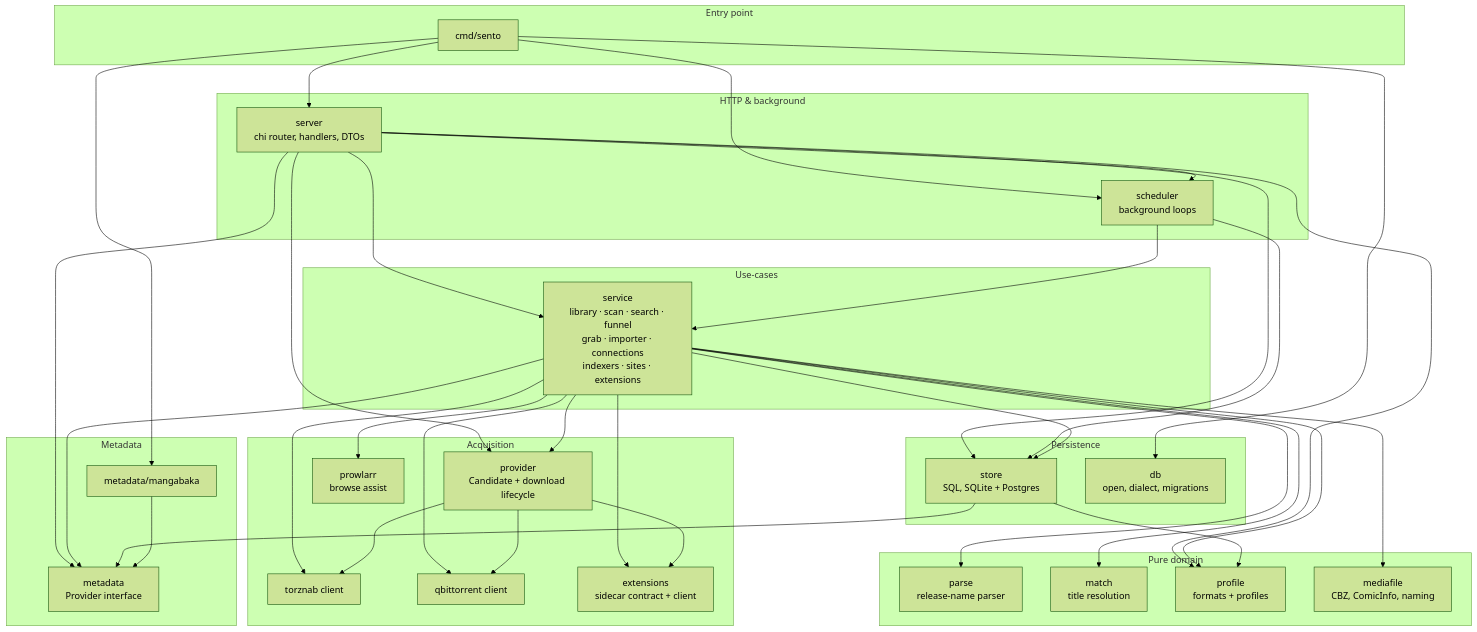
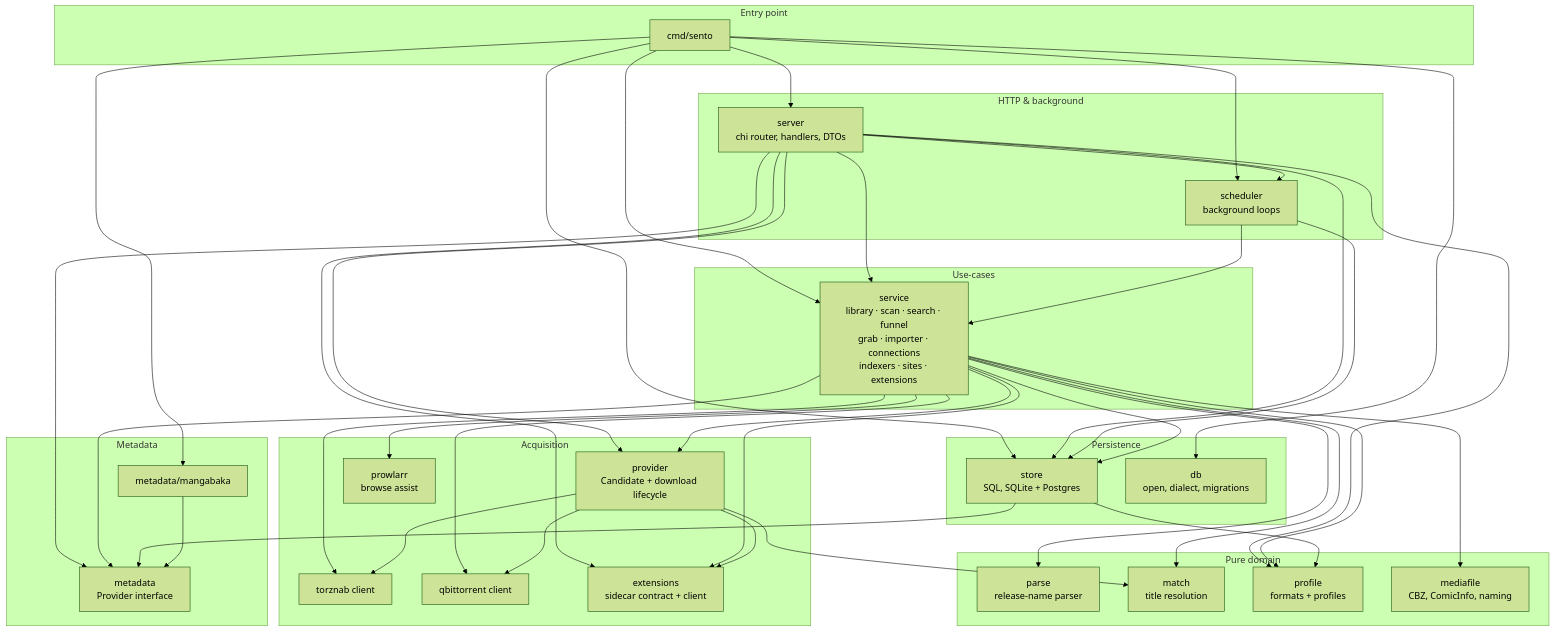
The second of 6 diagrams in docs/architecture.md (h-wb/sento), drawn with Mermaid (forest theme) before and after one commit. The commit also changed other lines of this file and 4 other files, not shown here.

First line of the commit message:
docs: add the HTTP API reference and complete the architecture page

````diff
--- a/docs/architecture.md
+++ b/docs/architecture.md
@@ -22,76 +48,80 @@
 ```mermaid
 graph TD
     subgraph entry [Entry point]
         cmd[cmd/sento]
     end
 
     subgraph http [HTTP & background]
         server[server<br/>chi router, handlers, DTOs]
         scheduler[scheduler<br/>background loops]
     end
 
     subgraph core [Use-cases]
         service[service<br/>library · scan · search · funnel<br/>grab · importer · connections<br/>indexers · sites · extensions]
     end
 
     subgraph persistence [Persistence]
         store[store<br/>SQL, SQLite + Postgres]
         db[db<br/>open, dialect, migrations]
     end
 
     subgraph acquisition [Acquisition]
         provider[provider<br/>Candidate + download lifecycle]
         torznab[torznab client]
         qbittorrent[qbittorrent client]
         extensions[extensions<br/>sidecar contract + client]
         prowlarr[prowlarr<br/>browse assist]
     end
 
     subgraph meta [Metadata]
         metadata[metadata<br/>Provider interface]
         mangabaka[metadata/mangabaka]
     end
 
     subgraph domain [Pure domain]
         parse[parse<br/>release-name parser]
         match[match<br/>title resolution]
         profile[profile<br/>formats + profiles]
         mediafile[mediafile<br/>CBZ, ComicInfo, naming]
     end
 
     cmd --> server
     cmd --> scheduler
+    cmd --> service
+    cmd --> store
     cmd --> db
     cmd --> mangabaka
 
     server --> service
     server --> scheduler
     server --> store
     server --> provider
+    server --> extensions
     server --> profile
     server --> metadata
 
     scheduler --> service
     scheduler --> store
 
     service --> store
     service --> provider
     service --> metadata
     service --> parse
     service --> match
     service --> profile
     service --> mediafile
     service --> prowlarr
     service --> torznab
     service --> qbittorrent
     service --> extensions
 
     store --> metadata
     store --> profile
 
     provider --> torznab
     provider --> qbittorrent
     provider --> extensions
+    provider --> match
 
     mangabaka --> metadata
 ```
````
